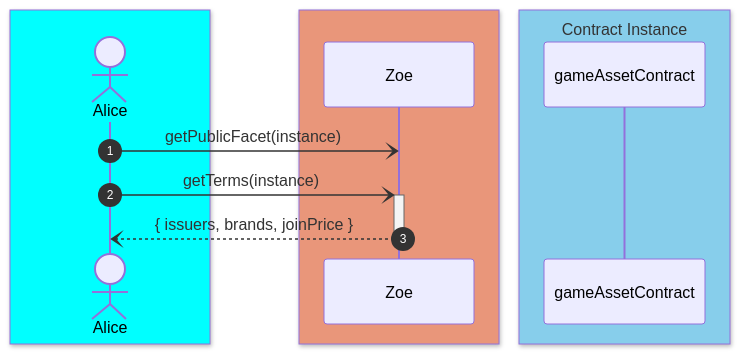
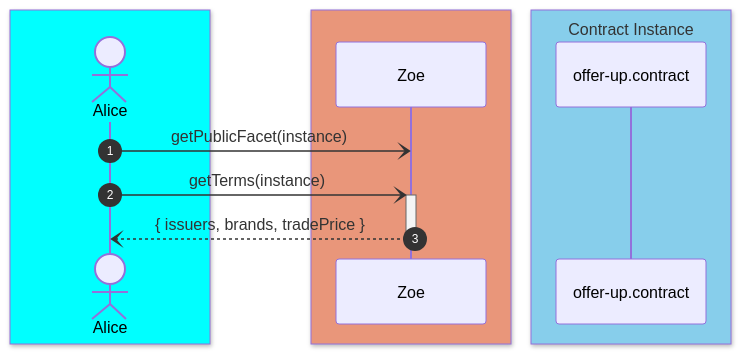
One commit to Agoric/documentation changed the diagram in main/guides/zoe/assets/trade-offer-safety-1.mmd. Above: the diagram before and after it, drawn with Mermaid. The commit also changed 9 other files, not shown here.

Commit message:
docs: update mermaid diagrams

```diff
--- a/main/guides/zoe/assets/trade-offer-safety-1.mmd
+++ b/main/guides/zoe/assets/trade-offer-safety-1.mmd
@@ -1,18 +1,18 @@
 sequenceDiagram
   autonumber
 
   box aqua
   actor A as Alice
   end
 
   box darksalmon
   participant Zoe
   end
 
   box skyblue Contract Instance
-  participant C as gameAssetContract
+  participant C as offer-up.contract
   end
 
     A-)Zoe: getPublicFacet(instance)
     A-)+Zoe: getTerms(instance)
-    Zoe--)-A: { issuers, brands, joinPrice }
+    Zoe--)-A: { issuers, brands, tradePrice }
```
